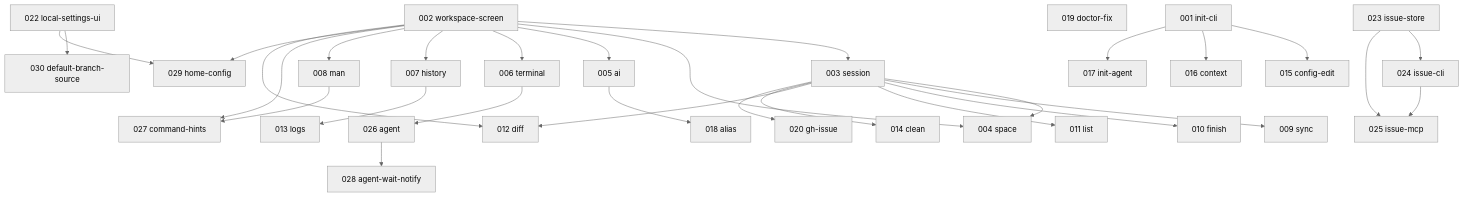
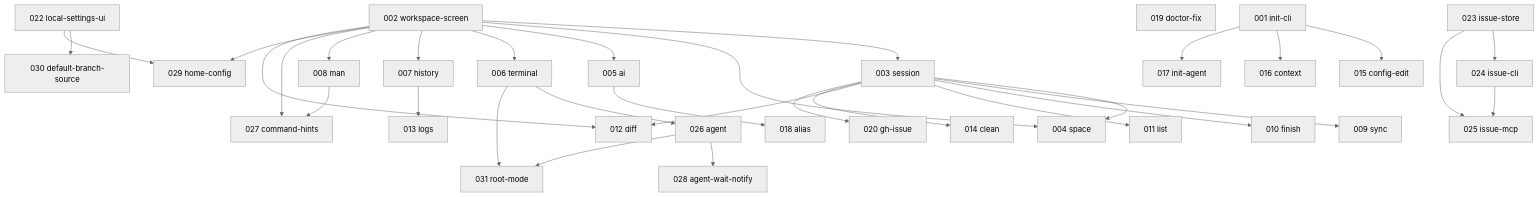
Before and after one commit to kkyosuke/usagi: the diagram in issues/README.md, drawn with Mermaid (neutral theme). The commit also changed other lines of this file and 9 other files, not shown here.

````diff
--- a/issues/README.md
+++ b/issues/README.md
@@ -49,38 +50,40 @@
 ```mermaid
 graph TD
     001[001 init-cli]
     002[002 workspace-screen]
     003[003 session]
     019[019 doctor-fix]
 
     002 --> 003
     002 --> 004[004 space]
     003 --> 004
     002 --> 005[005 ai]
     002 --> 006[006 terminal]
     006 --> 026[026 agent]
     026 --> 028[028 agent-wait-notify]
     022 --> 030[030 default-branch-source]
+    006 --> 031[031 root-mode]
+    026 --> 031
     002 --> 007[007 history]
     002 --> 008[008 man]
     002 --> 027[027 command-hints]
     008 --> 027
     002 --> 029[029 home-config]
     022[022 local-settings-ui] --> 029
     003 --> 009[009 sync]
     003 --> 010[010 finish]
     003 --> 011[011 list]
     002 --> 012[012 diff]
     003 --> 012
     007 --> 013[013 logs]
     003 --> 014[014 clean]
     001 --> 015[015 config-edit]
     001 --> 016[016 context]
     001 --> 017[017 init-agent]
     005 --> 018[018 alias]
     003 --> 020[020 gh-issue]
     023[023 issue-store]
     023 --> 024[024 issue-cli]
     023 --> 025[025 issue-mcp]
     024 --> 025
 ```
````
